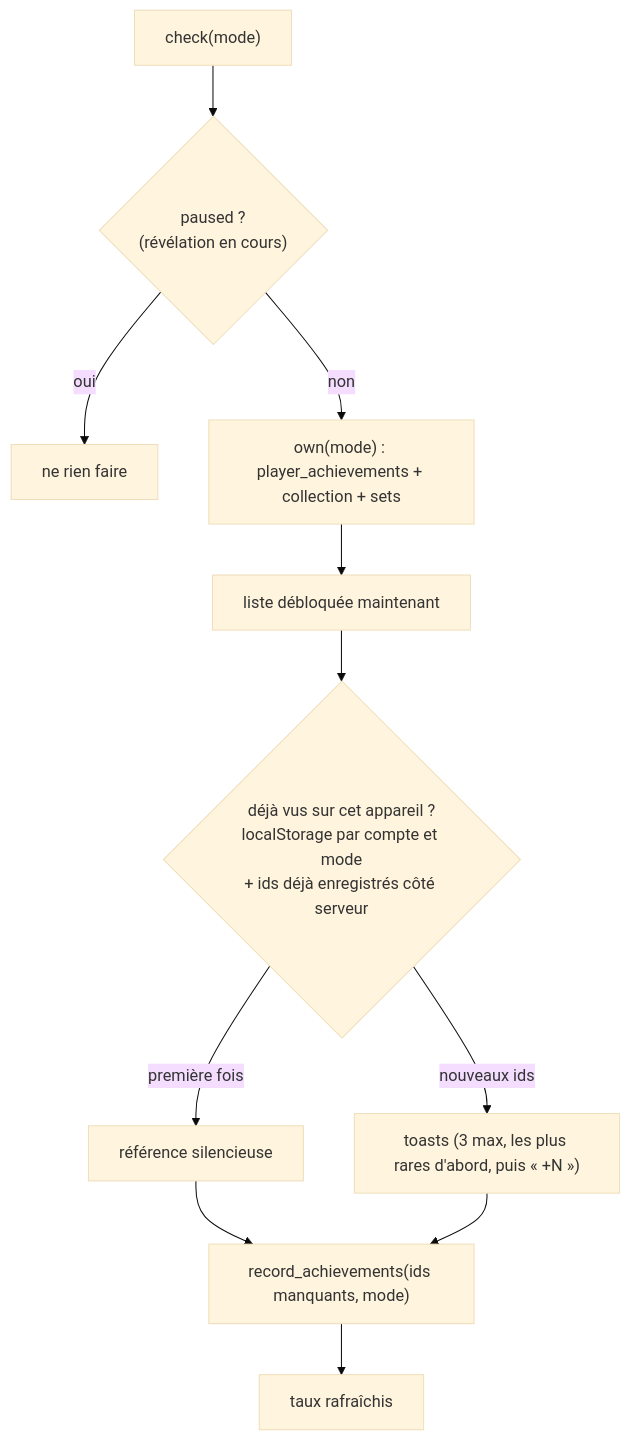
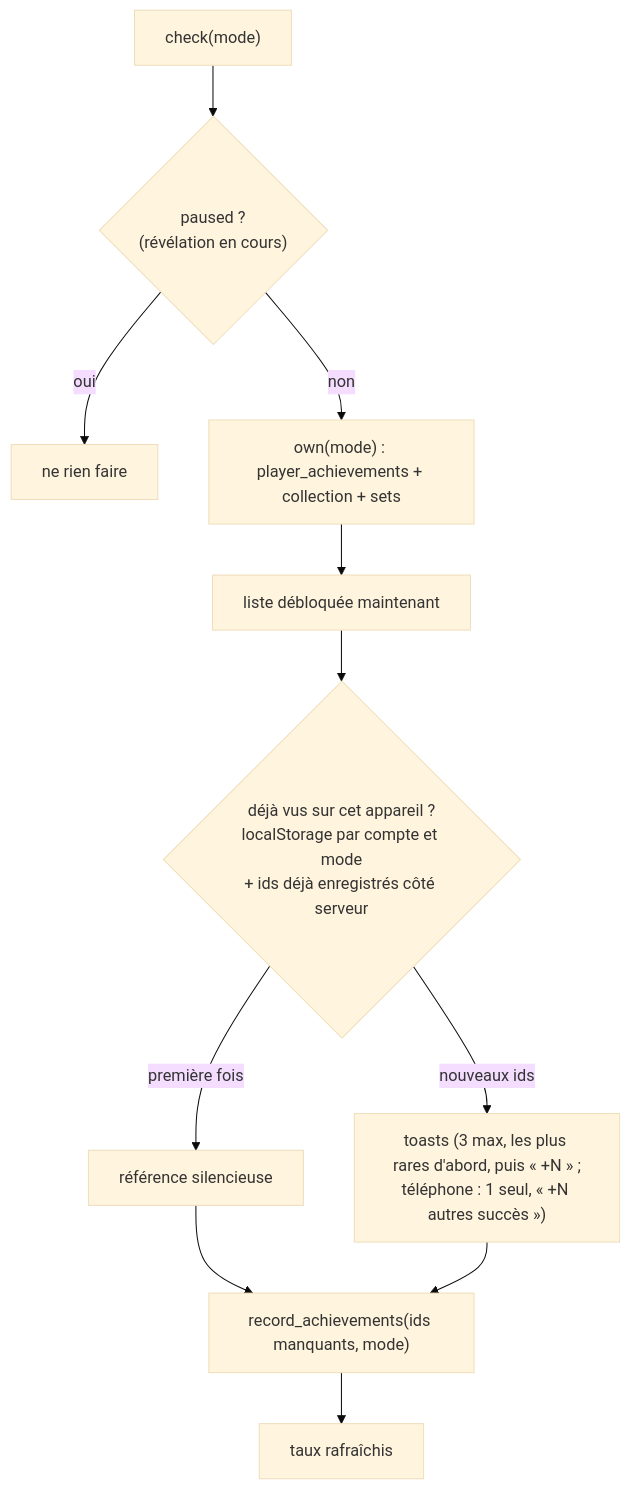
The fifth of 10 diagrams in docs/technique/05-parcours.md (LBasil/pokemon-booster-game), drawn with Mermaid (base theme) before and after one commit. The commit also changed other lines of this file and 39 other files, not shown here.

````diff
--- a/docs/technique/05-parcours.md
+++ b/docs/technique/05-parcours.md
@@ -531,13 +566,13 @@
 ```mermaid
 flowchart TD
   A["check(mode)"] --> B{"paused ?<br/>(révélation en cours)"}
   B -- oui --> Z[ne rien faire]
   B -- non --> C["own(mode) : player_achievements + collection + sets"]
   C --> D["liste débloquée maintenant"]
   D --> E{"déjà vus sur cet appareil ?<br/>localStorage par compte et mode<br/>+ ids déjà enregistrés côté serveur"}
   E -- "première fois" --> F["référence silencieuse"]
-  E -- "nouveaux ids" --> G["toasts (3 max, les plus rares d'abord, puis « +N »)"]
+  E -- "nouveaux ids" --> G["toasts (3 max, les plus rares d'abord, puis « +N » ;<br/>téléphone : 1 seul, « +N autres succès »)"]
   F --> H["record_achievements(ids manquants, mode)"]
   G --> H
   H --> I["taux rafraîchis"]
 ```
````
